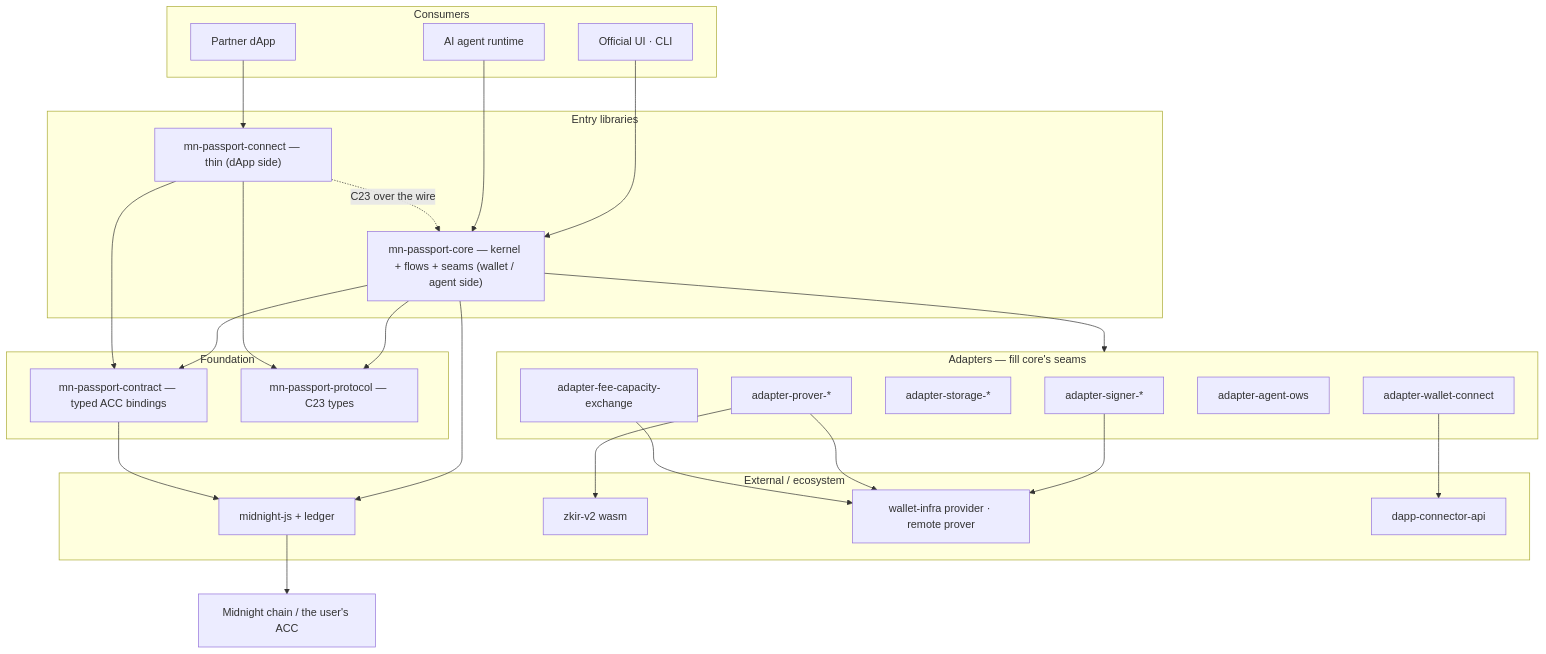
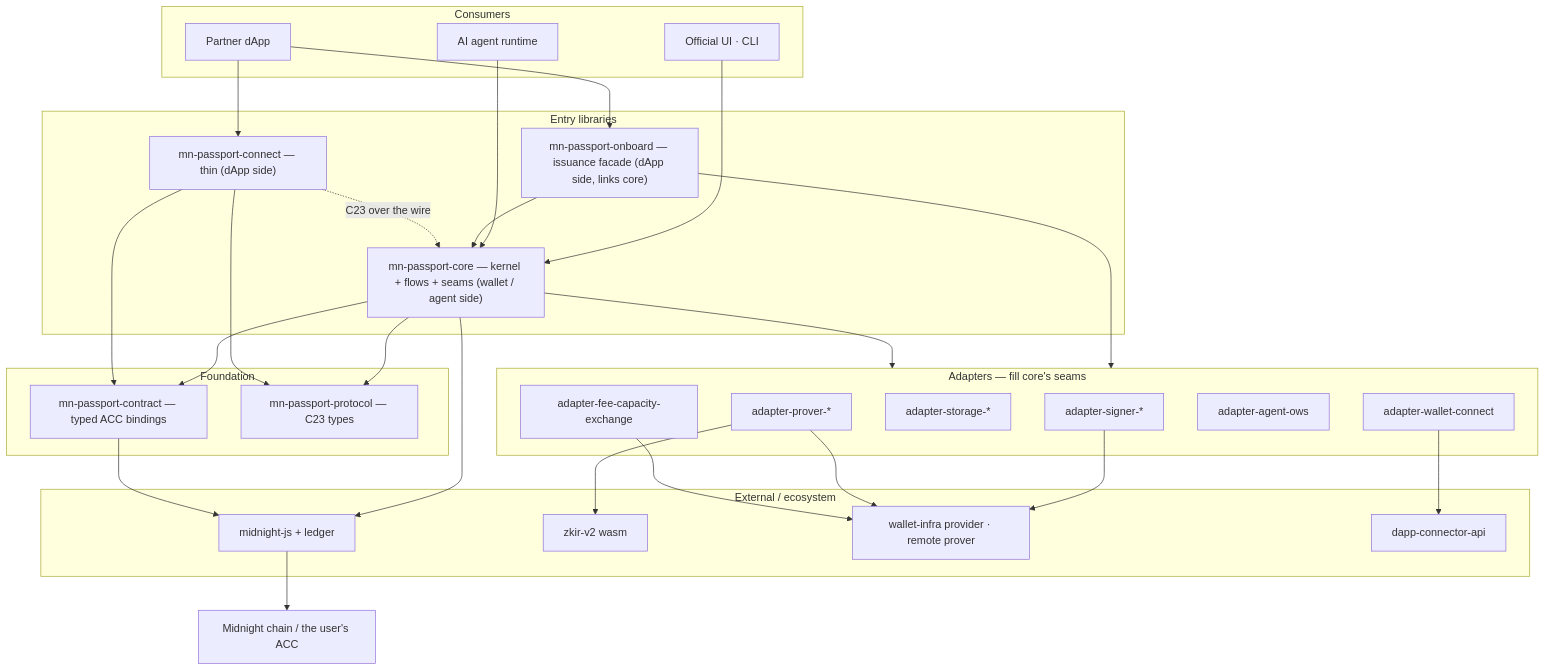
Before and after one commit to midnightntwrk/midnight-passport-sdk: the fourth of 6 diagrams in docs/architecture.md, drawn with Mermaid. The commit also changed other lines of this file and 8 other files, not shown here.

````diff
--- a/docs/architecture.md
+++ b/docs/architecture.md
@@ -386,49 +417,53 @@
 ```mermaid
 flowchart TB
   subgraph T0["Consumers"]
     UI["Official UI · CLI"]
     AGENT["AI agent runtime"]
     DAPP["Partner dApp"]
   end
   subgraph T1["Entry libraries"]
     CORE["mn-passport-core — kernel + flows + seams (wallet / agent side)"]
     CONNECT["mn-passport-connect — thin (dApp side)"]
+    ONBOARD["mn-passport-onboard — issuance facade (dApp side, links core)"]
   end
   subgraph T2["Adapters — fill core's seams"]
     SIGN["adapter-signer-*"]
     PROVE["adapter-prover-*"]
     STORE["adapter-storage-*"]
     FEE["adapter-fee-capacity-exchange"]
     AGT["adapter-agent-ows"]
     WC["adapter-wallet-connect"]
   end
   subgraph T3["Foundation"]
     CONTRACT["mn-passport-contract — typed ACC bindings"]
     PROTO["mn-passport-protocol — C23 types"]
   end
   subgraph T4["External / ecosystem"]
     MJS["midnight-js + ledger"]
     WASM["zkir-v2 wasm"]
     PROV["wallet-infra provider · remote prover"]
     DCA["dapp-connector-api"]
   end
   CHAIN["Midnight chain / the user's ACC"]
 
   UI --> CORE
   AGENT --> CORE
   DAPP --> CONNECT
+  DAPP --> ONBOARD
+  ONBOARD --> CORE
+  ONBOARD --> T2
   CORE --> T2
   CORE --> CONTRACT
   CORE --> PROTO
   CONNECT --> PROTO
   CONNECT --> CONTRACT
   CONNECT -. "C23 over the wire" .-> CORE
   SIGN --> PROV
   PROVE --> WASM
   PROVE --> PROV
   FEE --> PROV
   WC --> DCA
   CORE --> MJS
   CONTRACT --> MJS
   MJS --> CHAIN
 ```
````
